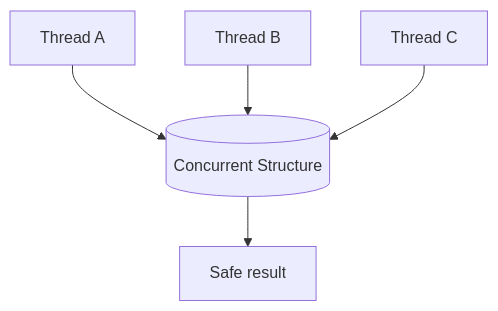
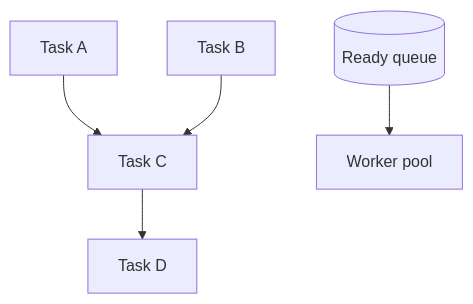
One commit to mthaiseer/springcloud-systemdesign-notes changed diagram 19 of 29 in HLD_NOTES/003_TECHNOLOGY_DEEP_DIVE/core-java/java_concurrency_visual_reference.md. Above: the diagram before and after it, drawn with Mermaid. The commit also changed other lines of this file, not shown here.

````diff
--- a/HLD_NOTES/003_TECHNOLOGY_DEEP_DIVE/core-java/java_concurrency_visual_reference.md
+++ b/HLD_NOTES/003_TECHNOLOGY_DEEP_DIVE/core-java/java_concurrency_visual_reference.md
@@ -1160,7 +1041,7 @@
 ```mermaid
 flowchart TD
-    ThreadA[Thread A] --> Structure[(Concurrent Structure)]
-    ThreadB[Thread B] --> Structure
-    ThreadC[Thread C] --> Structure
-    Structure --> Safe[Safe result]
+    A[Task A] --> C[Task C]
+    B[Task B] --> C
+    C --> D[Task D]
+    Ready[(Ready queue)] --> Worker[Worker pool]
 ```
````
